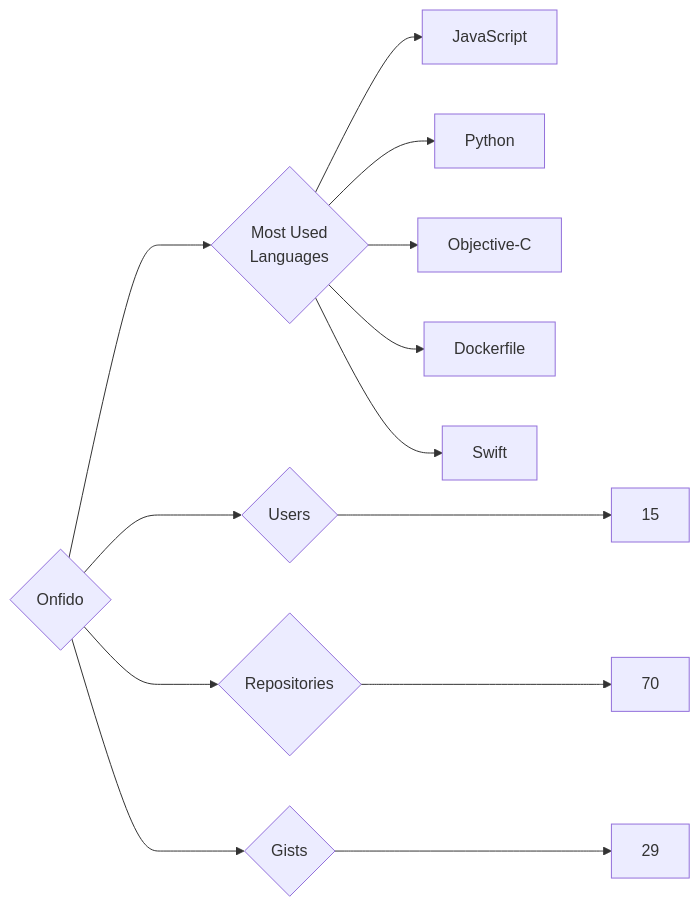
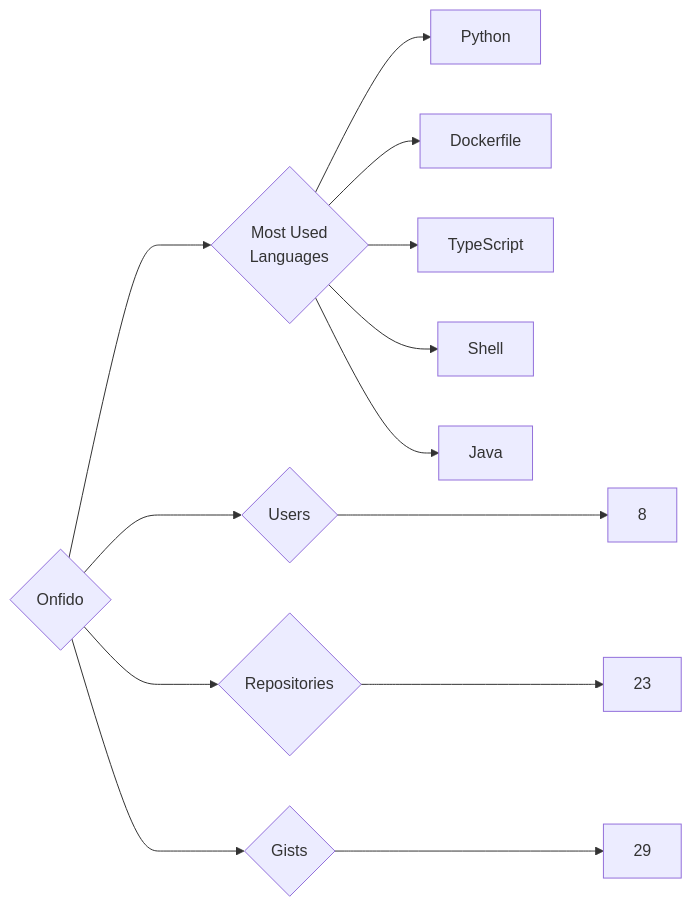
One commit to trickest/insiders changed the diagram in targets/Onfido/README.md. Above: the diagram before and after it, drawn with Mermaid. The commit also changed 1248 other files, not shown here.

````diff
--- a/targets/Onfido/README.md
+++ b/targets/Onfido/README.md
@@ -3,13 +3,13 @@
 ```mermaid
 graph LR
 COMPANY_NAME{Onfido}
-COMPANY_NAME ---> U{Users} ---> UN[15]
-COMPANY_NAME ---> R{Repositories} ---> RN[70]
+COMPANY_NAME ---> U{Users} ---> UN[8]
+COMPANY_NAME ---> R{Repositories} ---> RN[23]
 COMPANY_NAME ---> G{Gists} ---> GN[29]
 COMPANY_NAME ---> ML{Most Used<br>Languages}
-ML --> JavaScript[JavaScript]
 ML --> Python[Python]
-ML --> Objective-C[Objective-C]
 ML --> Dockerfile[Dockerfile]
-ML --> Swift[Swift]
+ML --> TypeScript[TypeScript]
+ML --> Shell[Shell]
+ML --> Java[Java]
 ```
````
